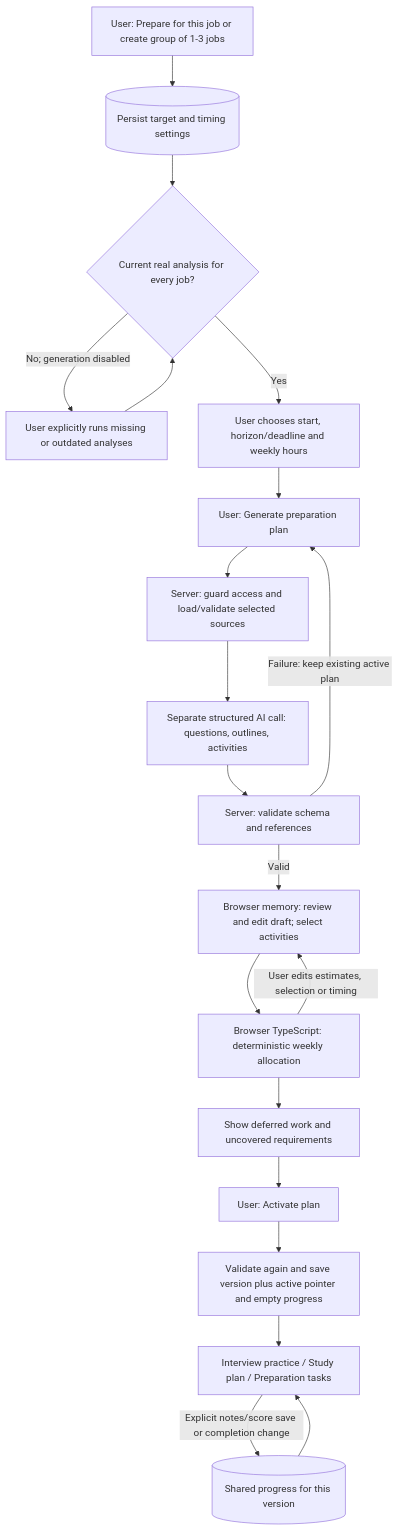
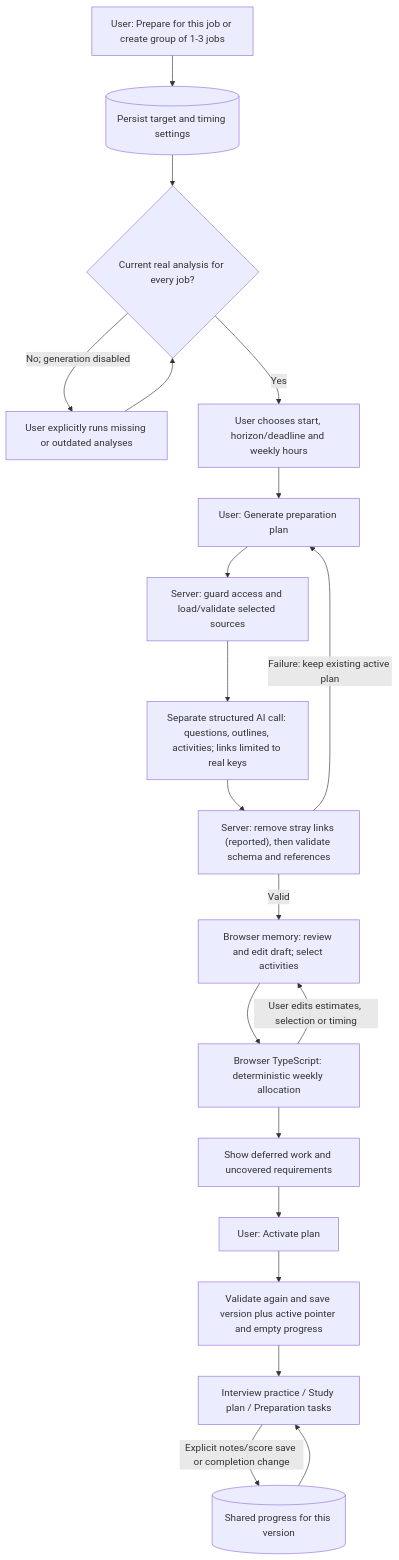
Before and after one commit to horadam/fieldwork: the first of 2 diagrams in docs/architecture/preparation-lifecycle.md, drawn with Mermaid. The commit also changed other lines of this file and 11 other files, not shown here.

````diff
--- a/docs/architecture/preparation-lifecycle.md
+++ b/docs/architecture/preparation-lifecycle.md
@@ -12,28 +12,28 @@
 ```mermaid
 flowchart TD
   SELECT["User: Prepare for this job or create group of 1-3 jobs"]
   TARGET[("Persist target and timing settings")]
   FRESH{"Current real analysis for every job?"}
   ANALYZE["User explicitly runs missing or outdated analyses"]
   BUDGET["User chooses start, horizon/deadline and weekly hours"]
   GENERATE["User: Generate preparation plan"]
   API["Server: guard access and load/validate selected sources"]
-  AI["Separate structured AI call: questions, outlines, activities"]
-  VALIDATE["Server: validate schema and references"]
+  AI["Separate structured AI call: questions, outlines, activities; links limited to real keys"]
+  VALIDATE["Server: remove stray links (reported), then validate schema and references"]
   REVIEW["Browser memory: review and edit draft; select activities"]
   SCHEDULE["Browser TypeScript: deterministic weekly allocation"]
   DEFER["Show deferred work and uncovered requirements"]
   ACTIVATE["User: Activate plan"]
   SAVE["Validate again and save version plus active pointer and empty progress"]
   VIEWS["Interview practice / Study plan / Preparation tasks"]
   PROGRESS[("Shared progress for this version")]
   SELECT --> TARGET --> FRESH
   FRESH -->|"No; generation disabled"| ANALYZE --> FRESH
   FRESH -->|Yes| BUDGET --> GENERATE --> API --> AI --> VALIDATE
   VALIDATE -->|Valid| REVIEW --> SCHEDULE --> DEFER --> ACTIVATE --> SAVE
   VALIDATE -->|"Failure: keep existing active plan"| GENERATE
   SCHEDULE -->|"User edits estimates, selection or timing"| REVIEW
   SAVE --> VIEWS
   VIEWS -->|"Explicit notes/score save or completion change"| PROGRESS
   PROGRESS --> VIEWS
 ```
````
